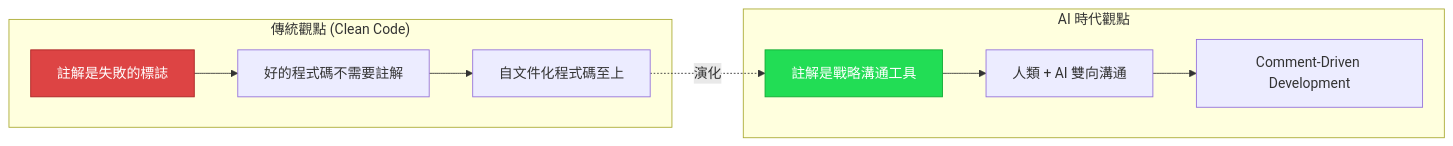
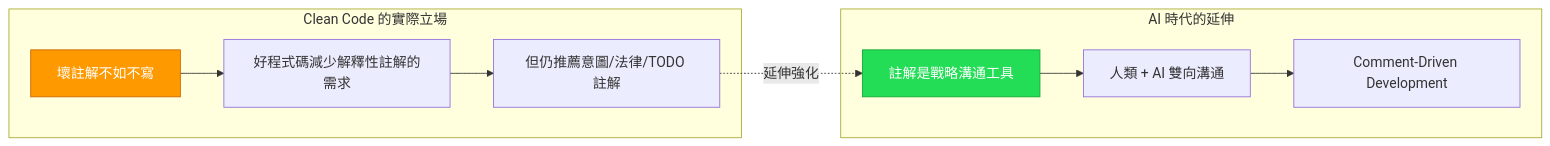
Before and after one commit to Muheng1992/symbiotic-engineering: the third of 31 diagrams in docs/guides/ai-era-code-best-practices.md, drawn with Mermaid. The commit also changed other lines of this file, not shown here.

First line of the commit message:
docs: refine AI-era code best practices article accuracy and consistency

````diff
--- a/docs/guides/ai-era-code-best-practices.md
+++ b/docs/guides/ai-era-code-best-practices.md
@@ -82,17 +87,17 @@
 ```mermaid
 graph LR
-    subgraph "傳統觀點 (Clean Code)"
-        A1["註解是失敗的標誌"] --> A2["好的程式碼不需要註解"]
-        A2 --> A3["自文件化程式碼至上"]
+    subgraph "Clean Code 的實際立場"
+        A1["壞註解不如不寫"] --> A2["好程式碼減少解釋性註解的需求"]
+        A2 --> A3["但仍推薦意圖/法律/TODO 註解"]
     end
 
-    subgraph "AI 時代觀點"
+    subgraph "AI 時代的延伸"
         B1["註解是戰略溝通工具"] --> B2["人類 + AI 雙向溝通"]
         B2 --> B3["Comment-Driven Development"]
     end
 
-    A3 -.->|演化| B1
+    A3 -.->|延伸強化| B1
 
-    style A1 fill:#d44,stroke:#a22,color:#fff
+    style A1 fill:#f90,stroke:#c60,color:#fff
     style B1 fill:#2d5,stroke:#1a3,color:#fff
 ```
````
